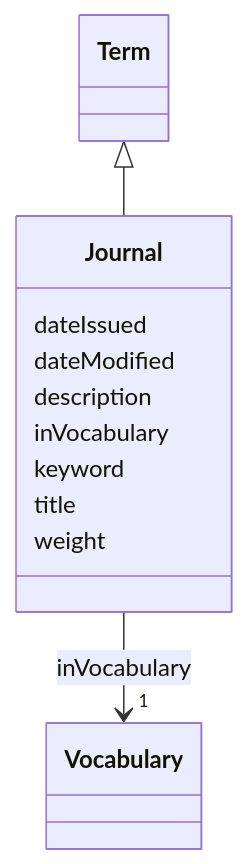
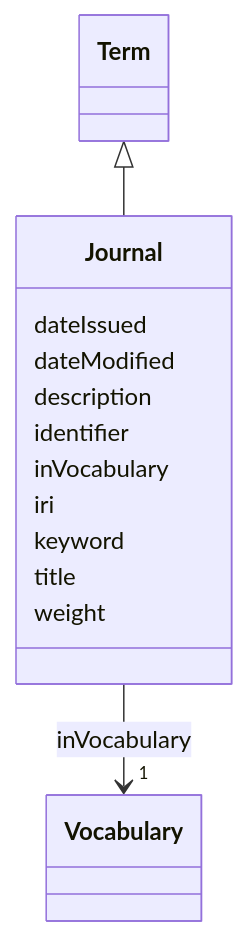
Before and after one commit to EVORA-project/evora-ontology: the diagram in models/docs/Journal.md, drawn with Mermaid. The commit also changed other lines of this file and 391 other files, not shown here.

````diff
--- a/models/docs/Journal.md
+++ b/models/docs/Journal.md
@@ -19,30 +19,34 @@
 ```mermaid
  classDiagram
     class Journal
     click Journal href "../Journal"
       Term <|-- Journal
         click Term href "../Term"
       
       Journal : dateIssued
         
       Journal : dateModified
         
       Journal : description
         
+      Journal : identifier
+        
       Journal : inVocabulary
         
           
     
     
     Journal --> "1" Vocabulary : inVocabulary
     click Vocabulary href "../Vocabulary"
 
         
+      Journal : iri
+        
       Journal : keyword
         
       Journal : title
         
       Journal : weight
         
       
 ```
````
